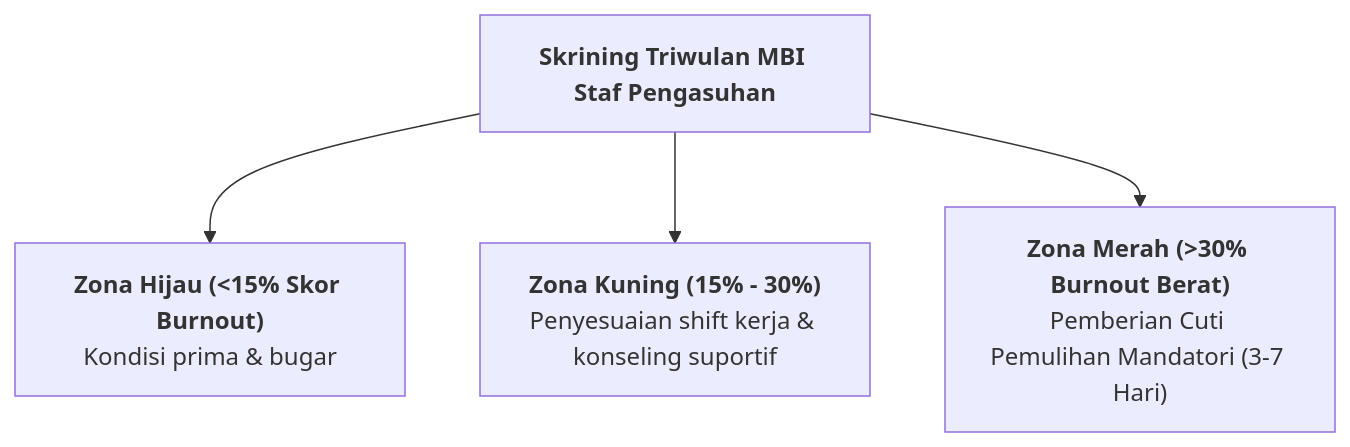
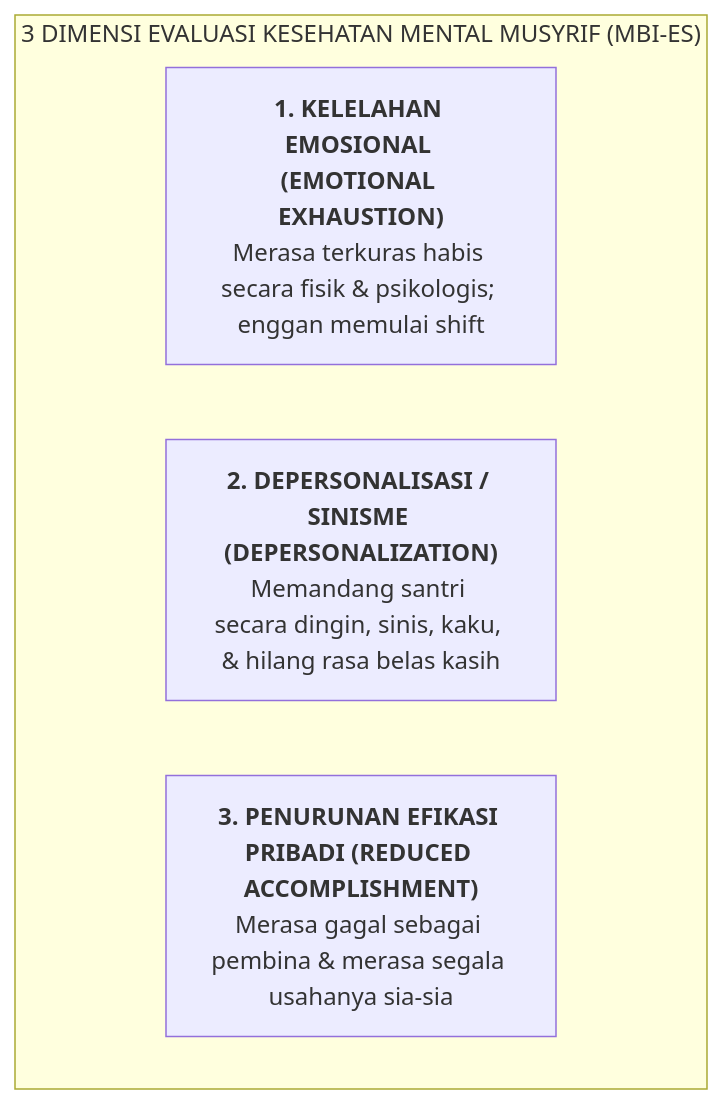
One commit to wandiapriliyandi/tumbuh changed the diagram in BOOK Series 2/Volume-05-Manual-Operasional-SOP-24Jam-dan-Tata-Kelola/Bab-05-Supervisi-Klinis-Musyrif/03-Deteksi-Burnout-dan-Cuti-Pemulihan.md. Above: the diagram before and after it, drawn with Mermaid. The commit also changed other lines of this file and 61 other files, not shown here.

````diff
--- a/BOOK Series 2/Volume-05-Manual-Operasional-SOP-24Jam-dan-Tata-Kelola/Bab-05-Supervisi-Klinis-Musyrif/03-Deteksi-Burnout-dan-Cuti-Pemulihan.md
+++ b/BOOK Series 2/Volume-05-Manual-Operasional-SOP-24Jam-dan-Tata-Kelola/Bab-05-Supervisi-Klinis-Musyrif/03-Deteksi-Burnout-dan-Cuti-Pemulihan.md
@@ -12,8 +11,10 @@
 ```mermaid
 flowchart TD
-    Skrining["<b>Skrining Triwulan MBI Staf Pengasuhan</b>"]
-    
-    Skrining --> Hijau["<b>Zona Hijau (<15% Skor Burnout)</b><br/>Kondisi prima & bugar"]
-    Skrining --> Kuning["<b>Zona Kuning (15% - 30%)</b><br/>Penyesuaian shift kerja & konseling suportif"]
-    Skrining --> Merah["<b>Zona Merah (>30% Burnout Berat)</b><br/>Pemberian Cuti Pemulihan Mandatori (3-7 Hari)"]
+    subgraph TigaDimensiMBI["3 DIMENSI EVALUASI KESEHATAN MENTAL MUSYRIF (MBI-ES)"]
+        D1["<b>1. KELELAHAN EMOSIONAL (EMOTIONAL EXHAUSTION)</b><br/>Merasa terkuras habis secara fisik & psikologis; enggan memulai shift"]
+        
+        D2["<b>2. DEPERSONALISASI / SINISME (DEPERSONALIZATION)</b><br/>Memandang santri secara dingin, sinis, kaku, & hilang rasa belas kasih"]
+        
+        D3["<b>3. PENURUNAN EFIKASI PRIBADI (REDUCED ACCOMPLISHMENT)</b><br/>Merasa gagal sebagai pembina & merasa segala usahanya sia-sia"]
+    end
 ```
````
